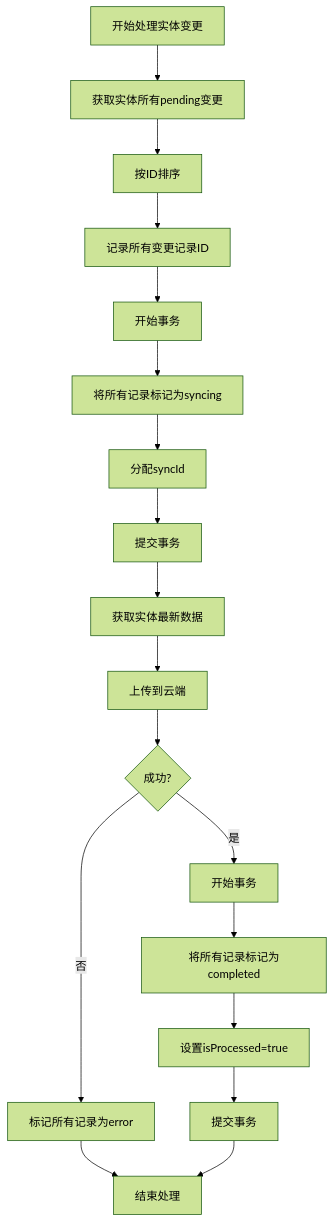
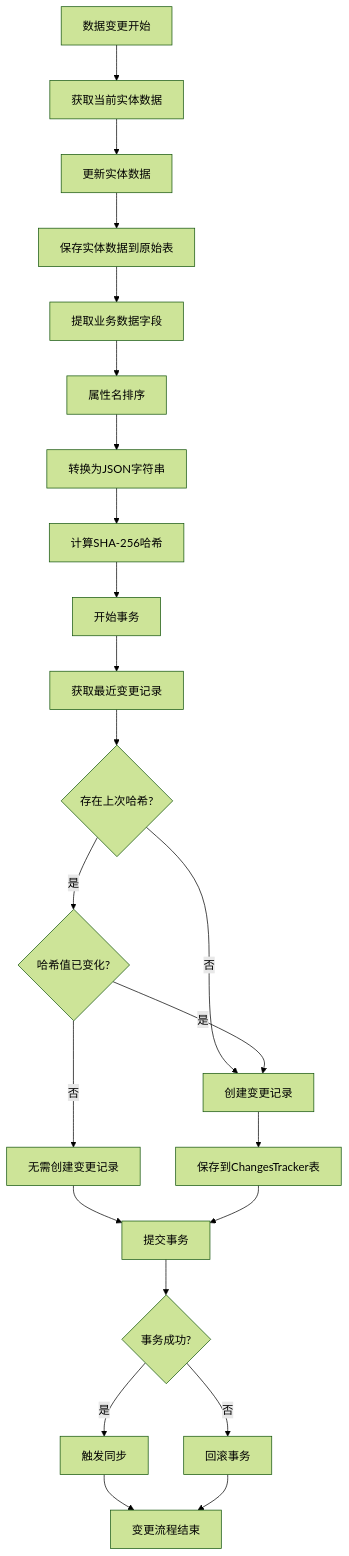
The diagram in all/未命名-40.md (yingjianzh/iodraw-files), drawn with Mermaid (forest theme) before and after one commit.

Commit message:
2025-04-23 18:14:33 update

````diff
--- a/all/未命名-40.md
+++ b/all/未命名-40.md
@@ -1,25 +1,32 @@
 ```mermaid
 flowchart TD
-    Start[开始处理实体变更] --> GetChanges[获取实体所有pending变更]
-    GetChanges --> OrderById[按ID排序]
-    OrderById --> RecordIds[记录所有变更记录ID]
+    Start[数据变更开始] --> GetEntity[获取当前实体数据]
+    GetEntity --> UpdateData[更新实体数据]
+    UpdateData --> SaveEntity[保存实体数据到原始表]
     
-    RecordIds --> BeginTx[开始事务]
-    BeginTx --> MarkSyncing[将所有记录标记为syncing]
-    MarkSyncing --> AssignSyncId[分配syncId]
-    AssignSyncId --> CommitTx[提交事务]
+    SaveEntity --> ExtractContent[提取业务数据字段]
+    ExtractContent --> SortProperties[属性名排序]
+    SortProperties --> ConvertToJson[转换为JSON字符串]
+    ConvertToJson --> ComputeSHA256[计算SHA-256哈希]
     
-    CommitTx --> GetEntity[获取实体最新数据]
-    GetEntity --> UploadToCloud[上传到云端]
-    UploadToCloud --> Success{成功?}
+    ComputeSHA256 --> BeginTx[开始事务]
+    BeginTx --> GetLastChange[获取最近变更记录]
     
-    Success -- 是 --> BeginTx2[开始事务]
-    Success -- 否 --> MarkError[标记所有记录为error]
+    GetLastChange --> HashExists{存在上次哈希?}
+    HashExists -- 是 --> CompareHash{哈希值已变化?}
+    HashExists -- 否 --> CreateChange[创建变更记录]
     
-    BeginTx2 --> MarkCompleted[将所有记录标记为completed]
-    MarkCompleted --> SetProcessed[设置isProcessed=true]
-    SetProcessed --> CommitTx2[提交事务]
+    CompareHash -- 是 --> CreateChange
+    CompareHash -- 否 --> NoChangeNeeded[无需创建变更记录]
     
-    MarkError --> End[结束处理]
-    CommitTx2 --> End
+    CreateChange --> SaveChange[保存到ChangesTracker表]
+    NoChangeNeeded --> CommitTx[提交事务]
+    
+    SaveChange --> CommitTx
+    CommitTx --> Success{事务成功?}
+    Success -- 是 --> TriggerSync[触发同步]
+    Success -- 否 --> RollbackTx[回滚事务]
+    
+    TriggerSync --> End[变更流程结束]
+    RollbackTx --> End
 ```
````
